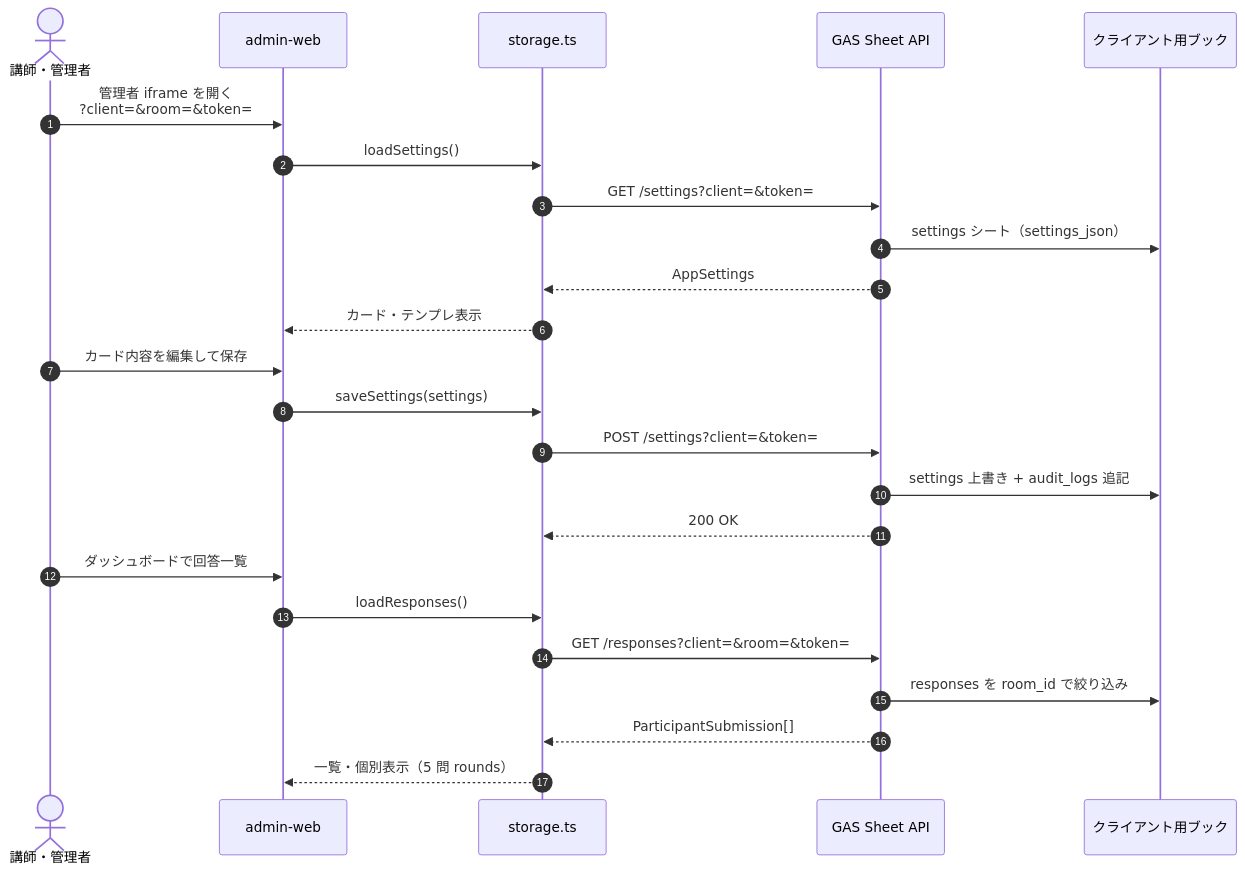
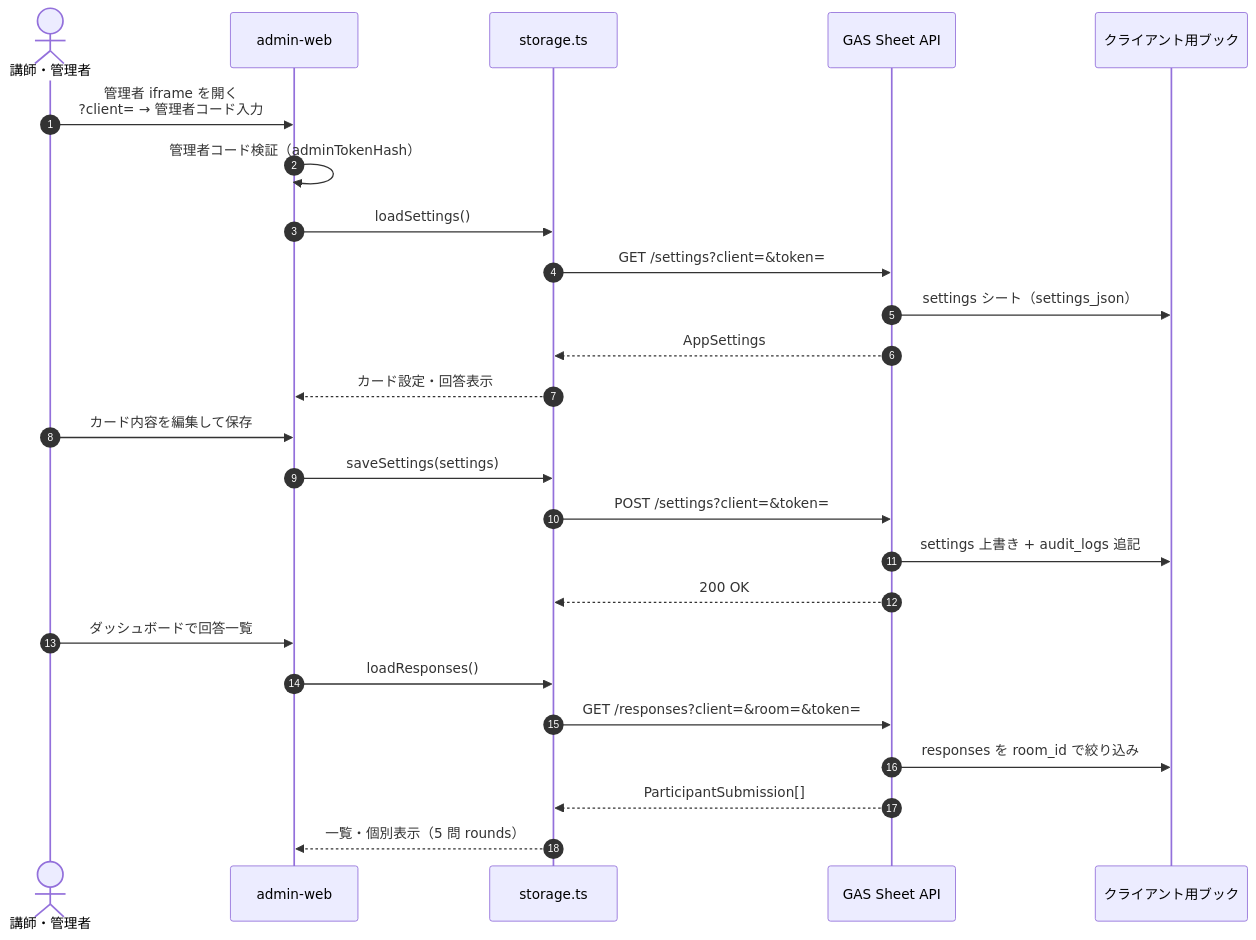
The third of 6 diagrams in docs/TECHNICAL-SPEC.md (shintaro0403/experteye360), drawn with Mermaid before and after one commit. The commit also changed other lines of this file and 40 other files, not shown here.

````diff
--- a/docs/TECHNICAL-SPEC.md
+++ b/docs/TECHNICAL-SPEC.md
@@ -528,29 +835,30 @@
 ```mermaid
 sequenceDiagram
   autonumber
   actor T as 講師・管理者
   participant A as admin-web
   participant S as storage.ts
   participant API as GAS Sheet API
   participant SS as クライアント用ブック
 
-  T->>A: 管理者 iframe を開く<br/>?client=&room=&token=
+  T->>A: 管理者 iframe を開く<br/>?client= → 管理者コード入力
+  A->>A: 管理者コード検証（adminTokenHash）
   A->>S: loadSettings()
   S->>API: GET /settings?client=&token=
   API->>SS: settings シート（settings_json）
   API-->>S: AppSettings
-  S-->>A: カード・テンプレ表示
+  S-->>A: カード設定・回答表示
 
   T->>A: カード内容を編集して保存
   A->>S: saveSettings(settings)
   S->>API: POST /settings?client=&token=
   API->>SS: settings 上書き + audit_logs 追記
   API-->>S: 200 OK
 
   T->>A: ダッシュボードで回答一覧
   A->>S: loadResponses()
   S->>API: GET /responses?client=&room=&token=
   API->>SS: responses を room_id で絞り込み
   API-->>S: ParticipantSubmission[]
   S-->>A: 一覧・個別表示（5 問 rounds）
 ```
````
